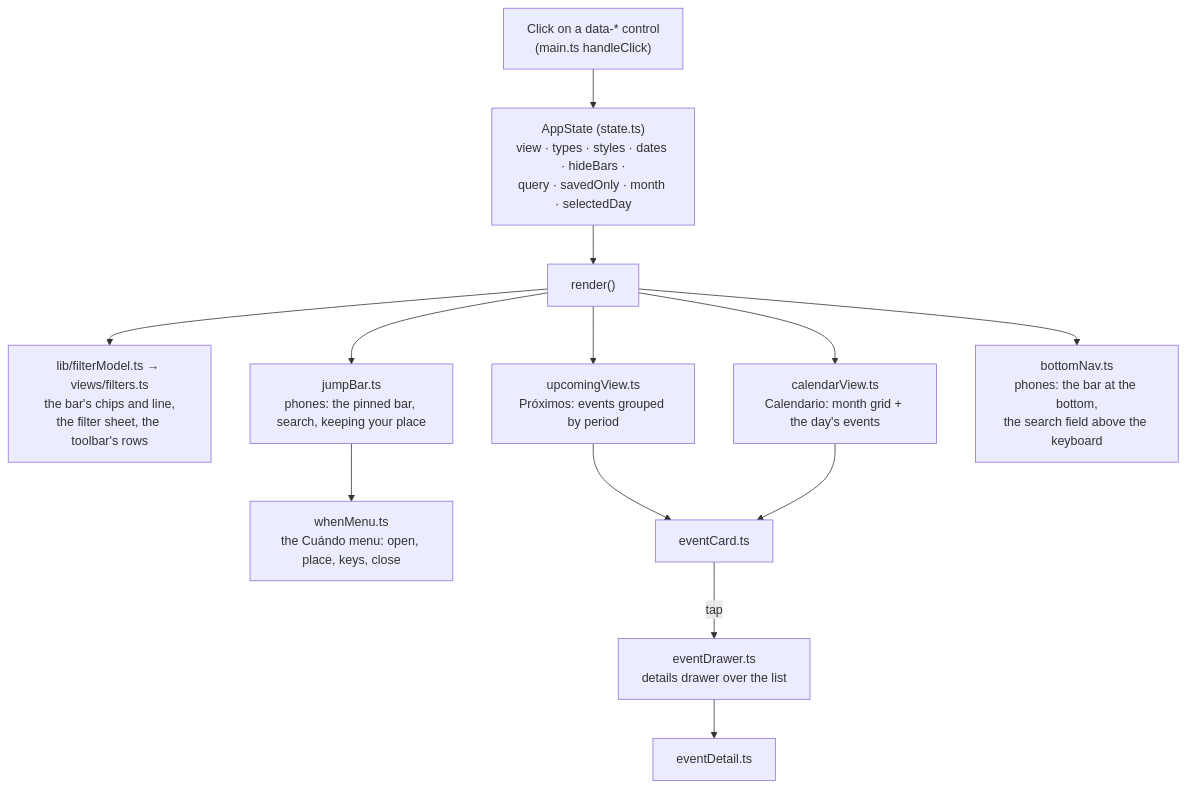
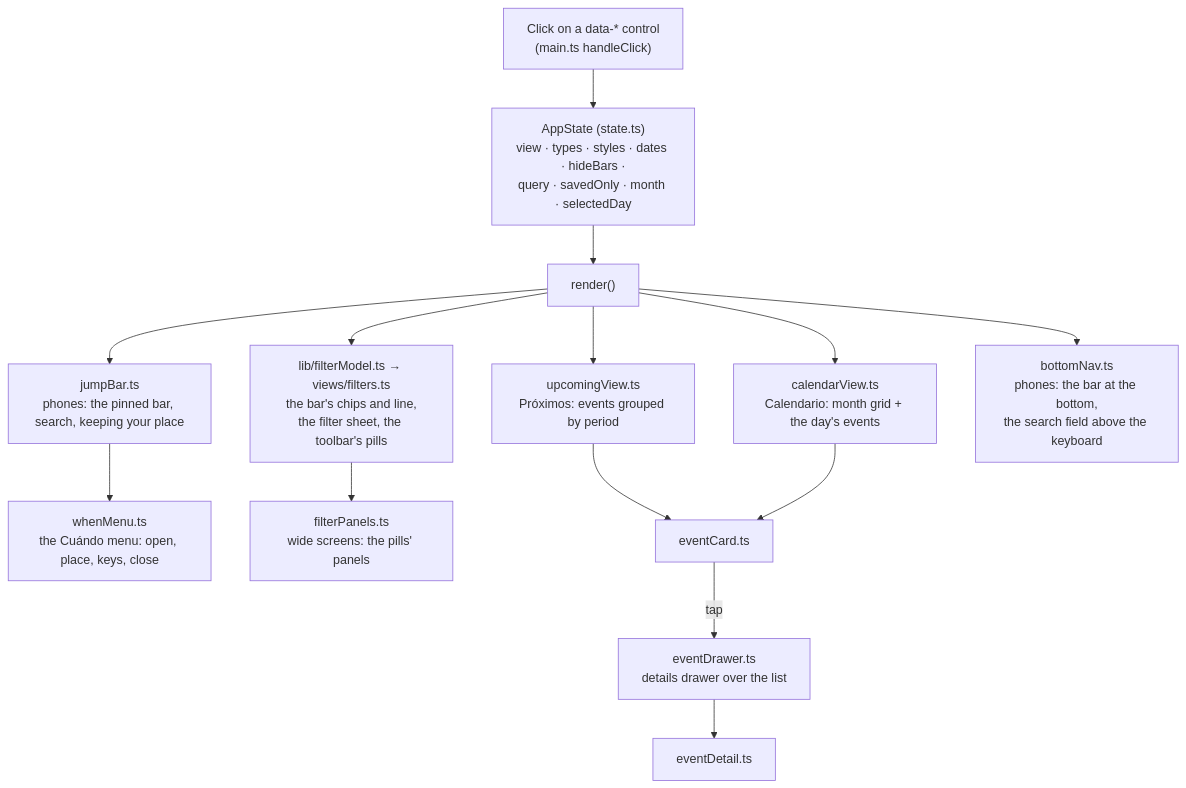
One commit to pa-bailar/pa-bailar.github.io changed the seventh of 9 diagrams in docs/ARCHITECTURE.md. Above: the diagram before and after it, drawn with Mermaid. The commit also changed other lines of this file and 17 other files, not shown here.

First line of the commit message:
feat(filters): dropdown pills on wide screens; rhythms grouped by family (#110)

````diff
--- a/docs/ARCHITECTURE.md
+++ b/docs/ARCHITECTURE.md
@@ -372,16 +372,17 @@
 ```mermaid
 flowchart TD
     ST["AppState (state.ts)<br/>view · types · styles · dates · hideBars ·<br/>query · savedOnly · month · selectedDay"]
     CLICK["Click on a data-* control<br/>(main.ts handleClick)"] --> ST
     ST --> R["render()"]
-    R --> F["lib/filterModel.ts → views/filters.ts<br/>the bar's chips and line,<br/>the filter sheet, the toolbar's rows"]
+    R --> F["lib/filterModel.ts → views/filters.ts<br/>the bar's chips and line,<br/>the filter sheet, the toolbar's pills"]
     R --> U["upcomingView.ts<br/>Próximos: events grouped by period"]
     R --> C["calendarView.ts<br/>Calendario: month grid + the day's events"]
     R --> J["jumpBar.ts<br/>phones: the pinned bar, search, keeping your place"]
     J --> WM["whenMenu.ts<br/>the Cuándo menu: open, place, keys, close"]
+    F --> FP["filterPanels.ts<br/>wide screens: the pills' panels"]
     R --> BN["bottomNav.ts<br/>phones: the bar at the bottom,<br/>the search field above the keyboard"]
     U --> CARD["eventCard.ts"]
     C --> CARD
     CARD -- "tap" --> DLG["eventDrawer.ts<br/>details drawer over the list"]
     DLG --> DET["eventDetail.ts"]
 ```
````
